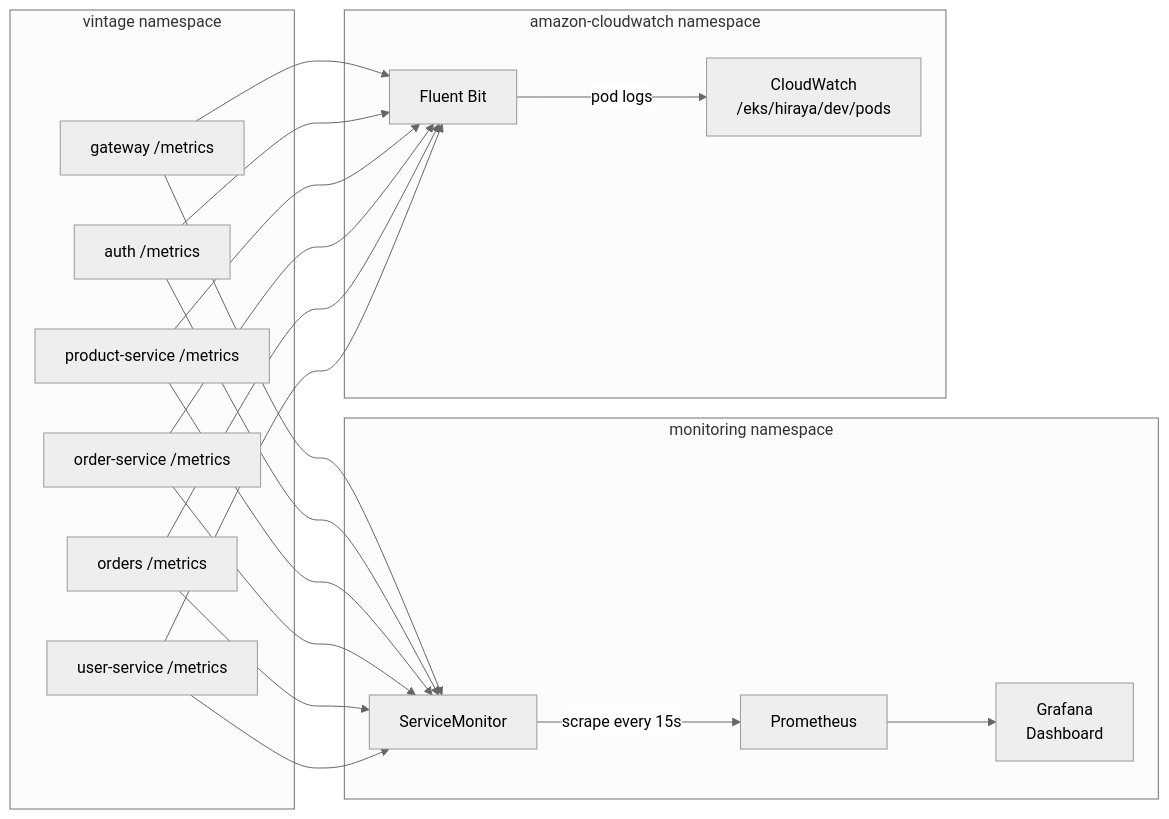
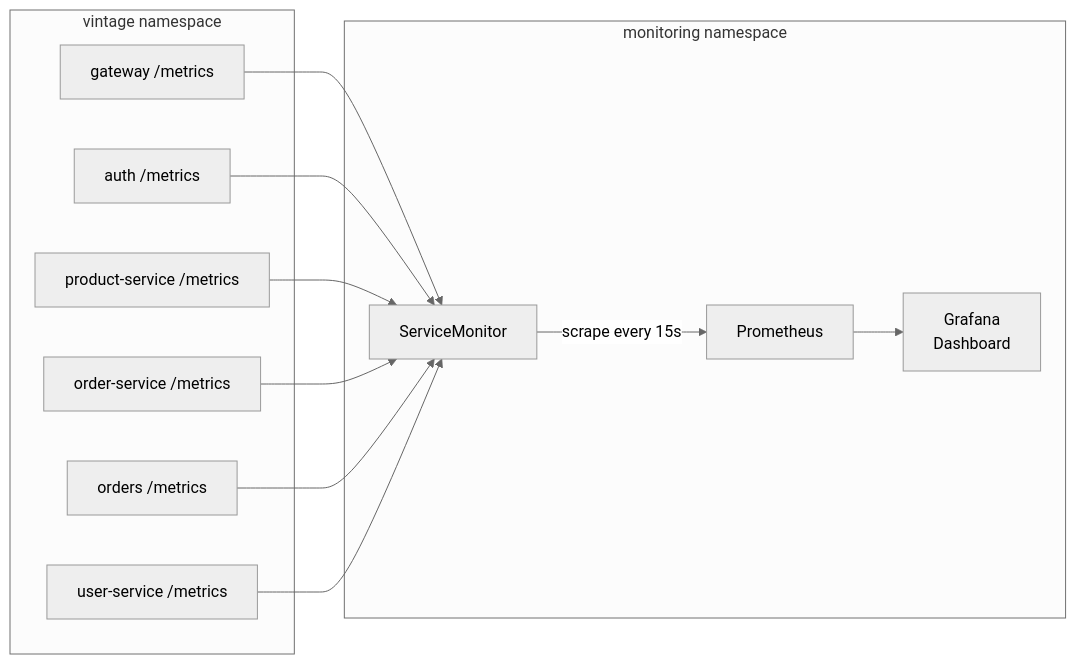
The seventh of 10 diagrams in docs/onboard.md (noidilin/hiraya), drawn with Mermaid (neutral theme) before and after one commit. The commit also changed other lines of this file and 16 other files, not shown here.

Commit message:
docs: update documentation and runbook to sync with architecture after refactor

````diff
--- a/docs/onboard.md
+++ b/docs/onboard.md
@@ -329,23 +328,18 @@
 ```mermaid
 flowchart LR
     subgraph Services [vintage namespace]
         GW[gateway /metrics]
         AU[auth /metrics]
         PS[product-service /metrics]
         OS[order-service /metrics]
         OR[orders /metrics]
         US[user-service /metrics]
     end
 
     subgraph Monitoring [monitoring namespace]
         SM[ServiceMonitor] -->|scrape every 15s| PR[Prometheus]
         PR --> GR[Grafana\nDashboard]
     end
 
-    subgraph Logging [amazon-cloudwatch namespace]
-        FB[Fluent Bit] -->|pod logs| CW[CloudWatch\n/eks/hiraya/dev/pods]
-    end
-
     GW & AU & PS & OS & OR & US --> SM
-    GW & AU & PS & OS & OR & US --> FB
 ```
````
